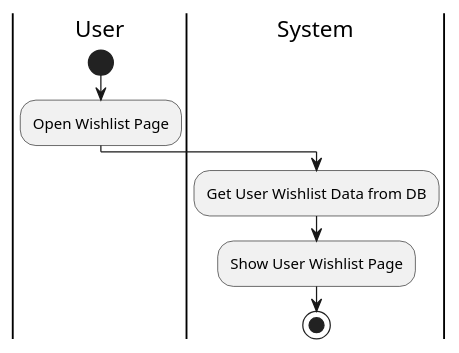
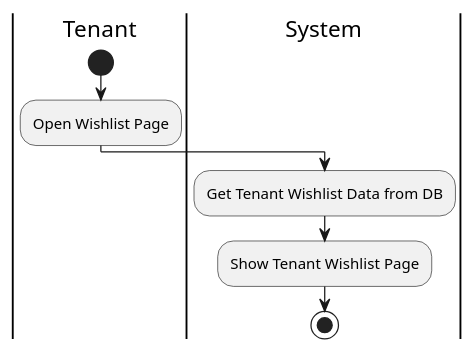
One commit to AntWort21/BHFMS changed the diagram in Design/BHFMS_ACTIVITY/View Wishlist.puml. Above: the diagram before and after it, drawn with PlantUML. The commit also changed 11 other files, not shown here.

Commit message:
adjusted all diagram's actor

```diff
--- a/Design/BHFMS_ACTIVITY/View Wishlist.puml
+++ b/Design/BHFMS_ACTIVITY/View Wishlist.puml
@@ -1,12 +1,12 @@
 @startuml
 
-|User|
+|Tenant|
 start
     :Open Wishlist Page;
 
 |System|
-    :Get User Wishlist Data from DB;
-    :Show User Wishlist Page;
+    :Get Tenant Wishlist Data from DB;
+    :Show Tenant Wishlist Page;
 stop
 
 @enduml
```
